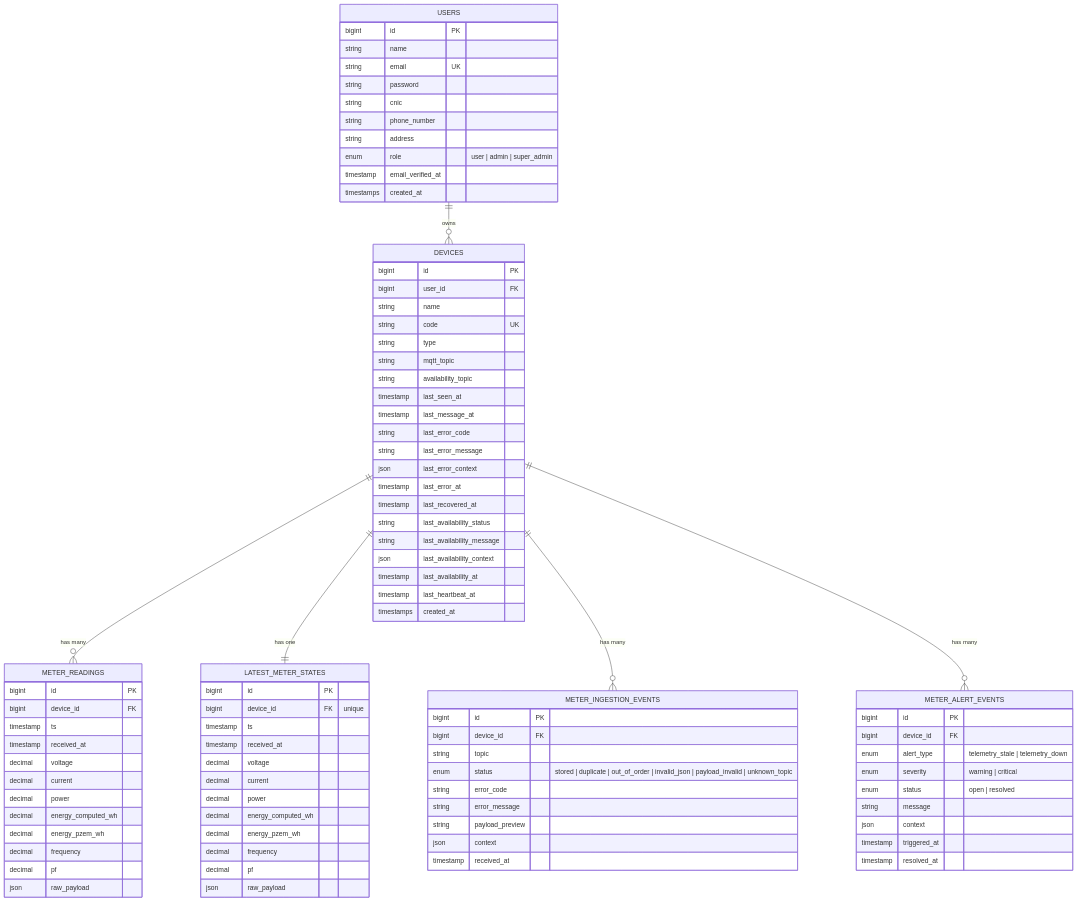
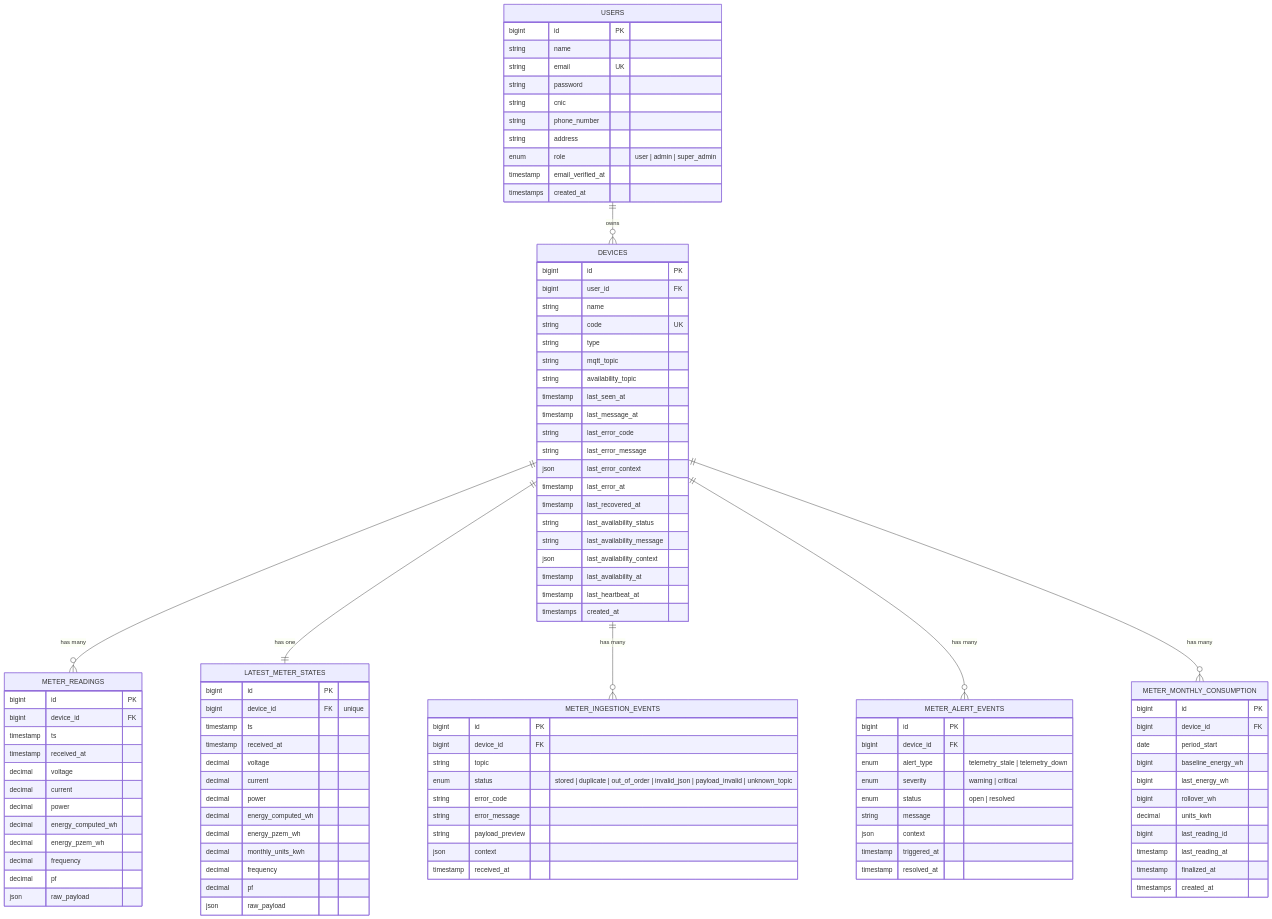
One commit to hammaadTCS/iot-meter-pilot changed the diagram in docs/erd.md. Above: the diagram before and after it, drawn with Mermaid. The commit also changed other lines of this file and 16 other files, not shown here.

````diff
--- a/docs/erd.md
+++ b/docs/erd.md
@@ -63,9 +63,24 @@
         decimal power
         decimal energy_computed_wh
         decimal energy_pzem_wh
+        decimal monthly_units_kwh
         decimal frequency
         decimal pf
         json raw_payload
+    }
+
+    METER_MONTHLY_CONSUMPTION {
+        bigint id PK
+        bigint device_id FK
+        date period_start
+        bigint baseline_energy_wh
+        bigint last_energy_wh
+        bigint rollover_wh
+        decimal units_kwh
+        bigint last_reading_id
+        timestamp last_reading_at
+        timestamp finalized_at
+        timestamps created_at
     }
 
     METER_INGESTION_EVENTS {
@@ -97,4 +112,5 @@
     DEVICES ||--|| LATEST_METER_STATES : "has one"
     DEVICES ||--o{ METER_INGESTION_EVENTS : "has many"
     DEVICES ||--o{ METER_ALERT_EVENTS : "has many"
+    DEVICES ||--o{ METER_MONTHLY_CONSUMPTION : "has many"
 ```
````
